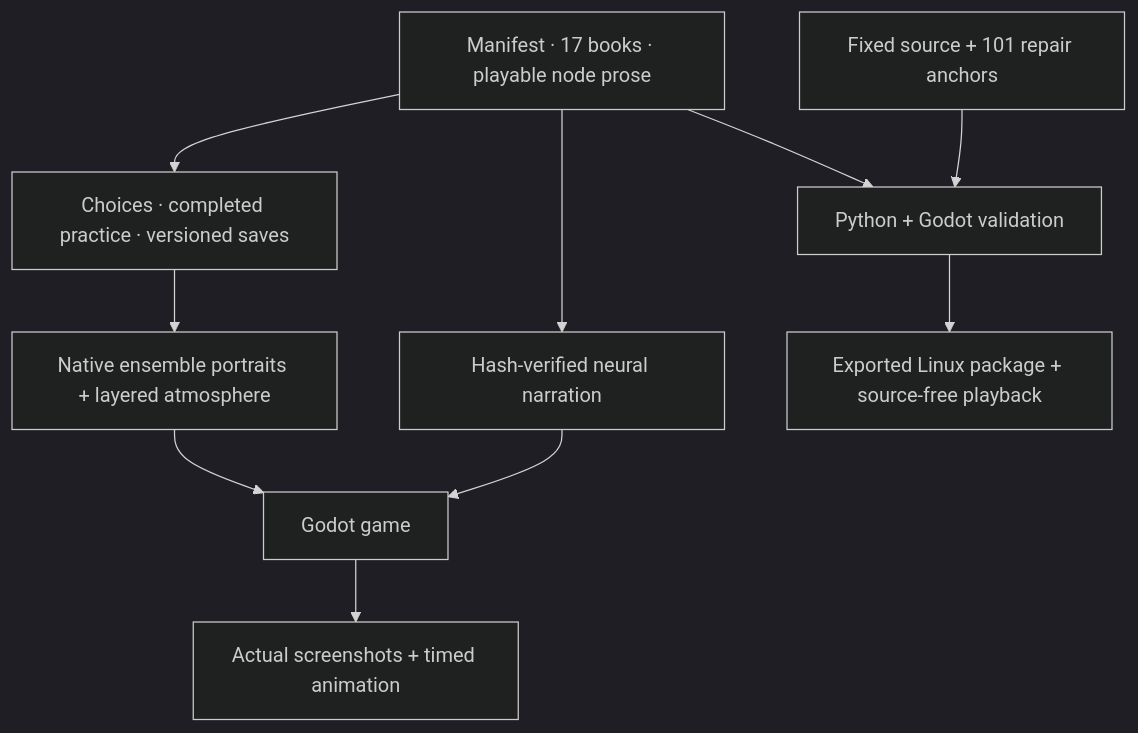
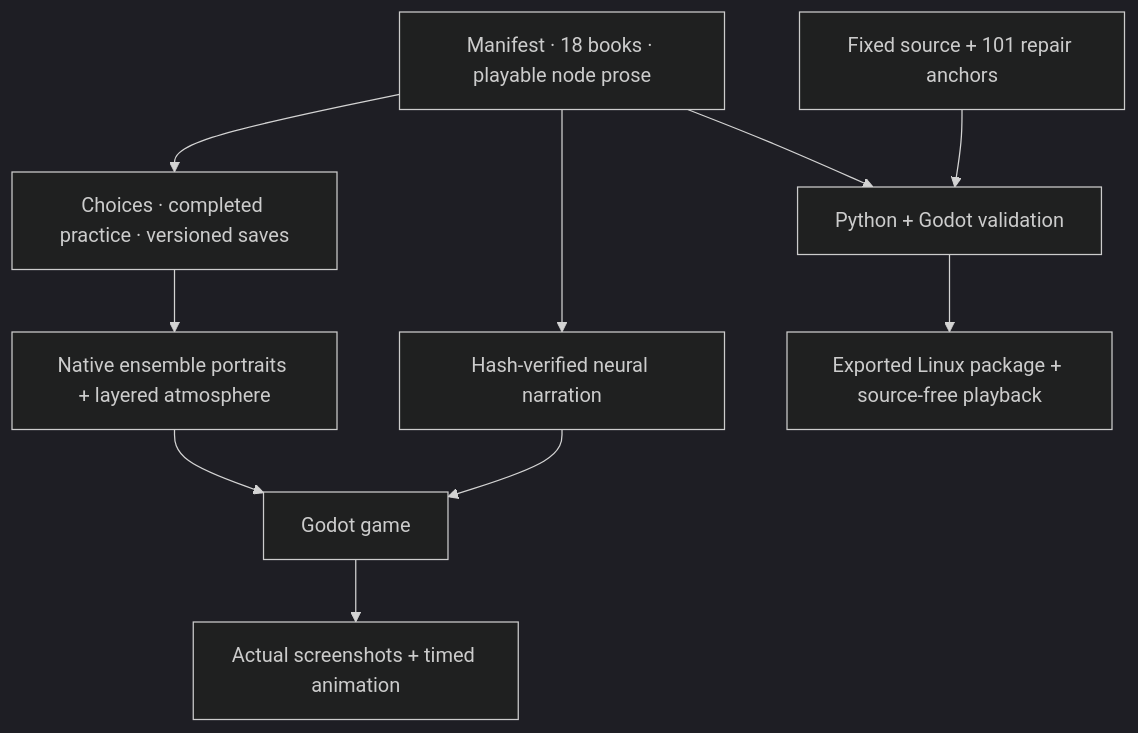
Before and after one commit to jgyy/octxian: the fourth of 4 diagrams in README.md, drawn with Mermaid (dark theme). The commit also changed other lines of this file and 11 other files, not shown here.

````diff
--- a/README.md
+++ b/README.md
@@ -164,12 +164,12 @@
 ```mermaid
 flowchart TD
-  Books["Manifest · 17 books · playable node prose"] --> State["Choices · completed practice · versioned saves"]
+  Books["Manifest · 18 books · playable node prose"] --> State["Choices · completed practice · versioned saves"]
   State --> Stage["Native ensemble portraits + layered atmosphere"]
   Books --> Voice["Hash-verified neural narration"]
   Voice --> Game["Godot game"]
   Stage --> Game
   Source["Fixed source + 101 repair anchors"] --> Checks["Python + Godot validation"]
   Books --> Checks
   Game --> Capture["Actual screenshots + timed animation"]
   Checks --> Package["Exported Linux package + source-free playback"]
 ```
````
